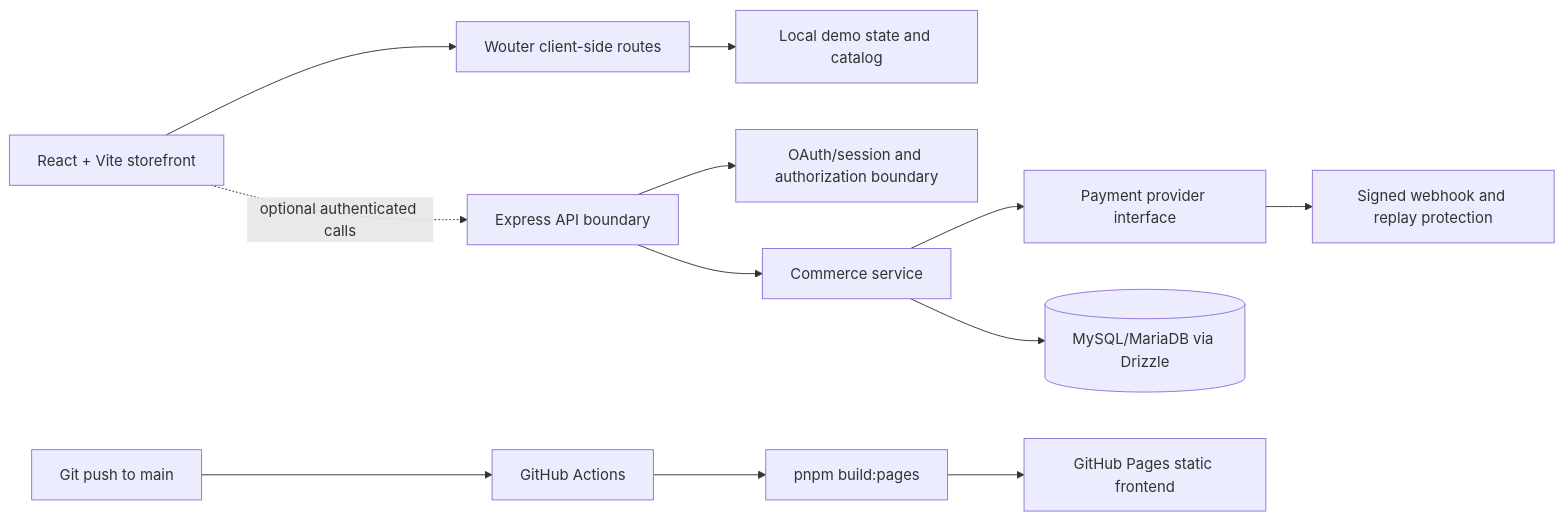
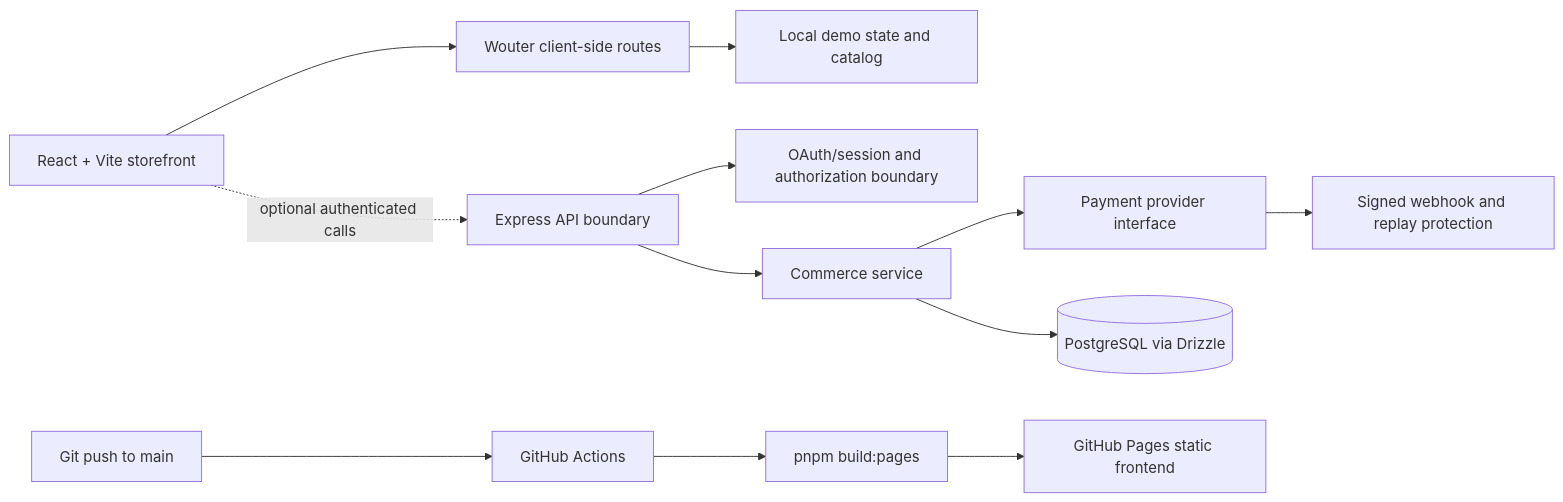
One commit to Usamabhanbhro/e-commerce changed the diagram in README.md. Above: the diagram before and after it, drawn with Mermaid. The commit also changed other lines of this file and 32 other files, not shown here.

Commit message:
feat: migrate relational persistence from MySQL to PostgreSQL

````diff
--- a/README.md
+++ b/README.md
@@ -90,14 +90,14 @@
 ```mermaid
 flowchart LR
   Browser[React + Vite storefront] --> Router[Wouter client-side routes]
   Router --> DemoState[Local demo state and catalog]
   Browser -. optional authenticated calls .-> API[Express API boundary]
   API --> Auth[OAuth/session and authorization boundary]
   API --> Commerce[Commerce service]
   Commerce --> Payment[Payment provider interface]
-  Commerce --> DB[(MySQL/MariaDB via Drizzle)]
+  Commerce --> DB[(PostgreSQL via Drizzle)]
   Payment --> Webhook[Signed webhook and replay protection]
   GitHub[Git push to main] --> Actions[GitHub Actions]
   Actions --> PagesBuild[pnpm build:pages]
   PagesBuild --> Pages[GitHub Pages static frontend]
 ```
````
